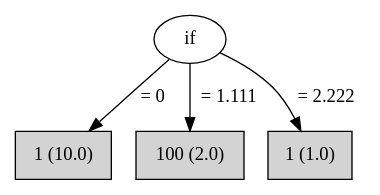
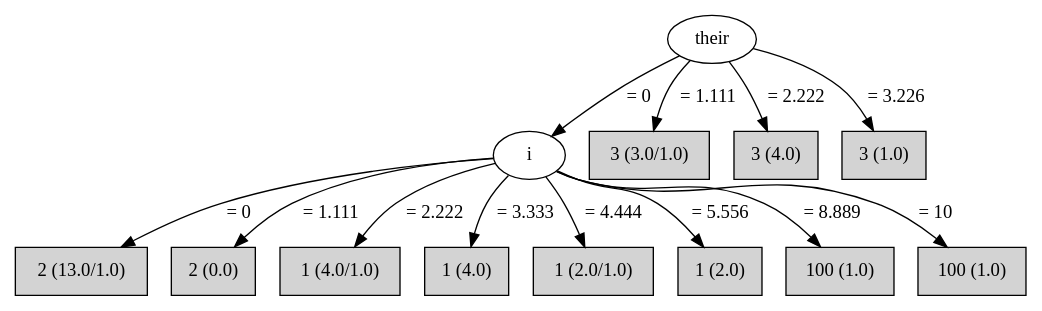
The diagram in app/assets/images/dots/class1.dot (einnor/StylometryProject), drawn with Graphviz before and after one commit. The commit also changed 498 other files, not shown here.

```diff
--- a/app/assets/images/dots/class1.dot
+++ b/app/assets/images/dots/class1.dot
@@ -1,9 +1,27 @@
 digraph J48Tree {
-N0 [label="if" ]
+N0 [label="their" ]
 N0->N1 [label="= 0"]
-N1 [label="1 (10.0)" shape=box style=filled ]
-N0->N2 [label="= 1.111"]
-N2 [label="100 (2.0)" shape=box style=filled ]
-N0->N3 [label="= 2.222"]
-N3 [label="1 (1.0)" shape=box style=filled ]
+N1 [label="i" ]
+N1->N2 [label="= 0"]
+N2 [label="2 (13.0/1.0)" shape=box style=filled ]
+N1->N3 [label="= 1.111"]
+N3 [label="2 (0.0)" shape=box style=filled ]
+N1->N4 [label="= 2.222"]
+N4 [label="1 (4.0/1.0)" shape=box style=filled ]
+N1->N5 [label="= 3.333"]
+N5 [label="1 (4.0)" shape=box style=filled ]
+N1->N6 [label="= 4.444"]
+N6 [label="1 (2.0/1.0)" shape=box style=filled ]
+N1->N7 [label="= 5.556"]
+N7 [label="1 (2.0)" shape=box style=filled ]
+N1->N8 [label="= 8.889"]
+N8 [label="100 (1.0)" shape=box style=filled ]
+N1->N9 [label="= 10"]
+N9 [label="100 (1.0)" shape=box style=filled ]
+N0->N10 [label="= 1.111"]
+N10 [label="3 (3.0/1.0)" shape=box style=filled ]
+N0->N11 [label="= 2.222"]
+N11 [label="3 (4.0)" shape=box style=filled ]
+N0->N12 [label="= 3.226"]
+N12 [label="3 (1.0)" shape=box style=filled ]
 }
```
